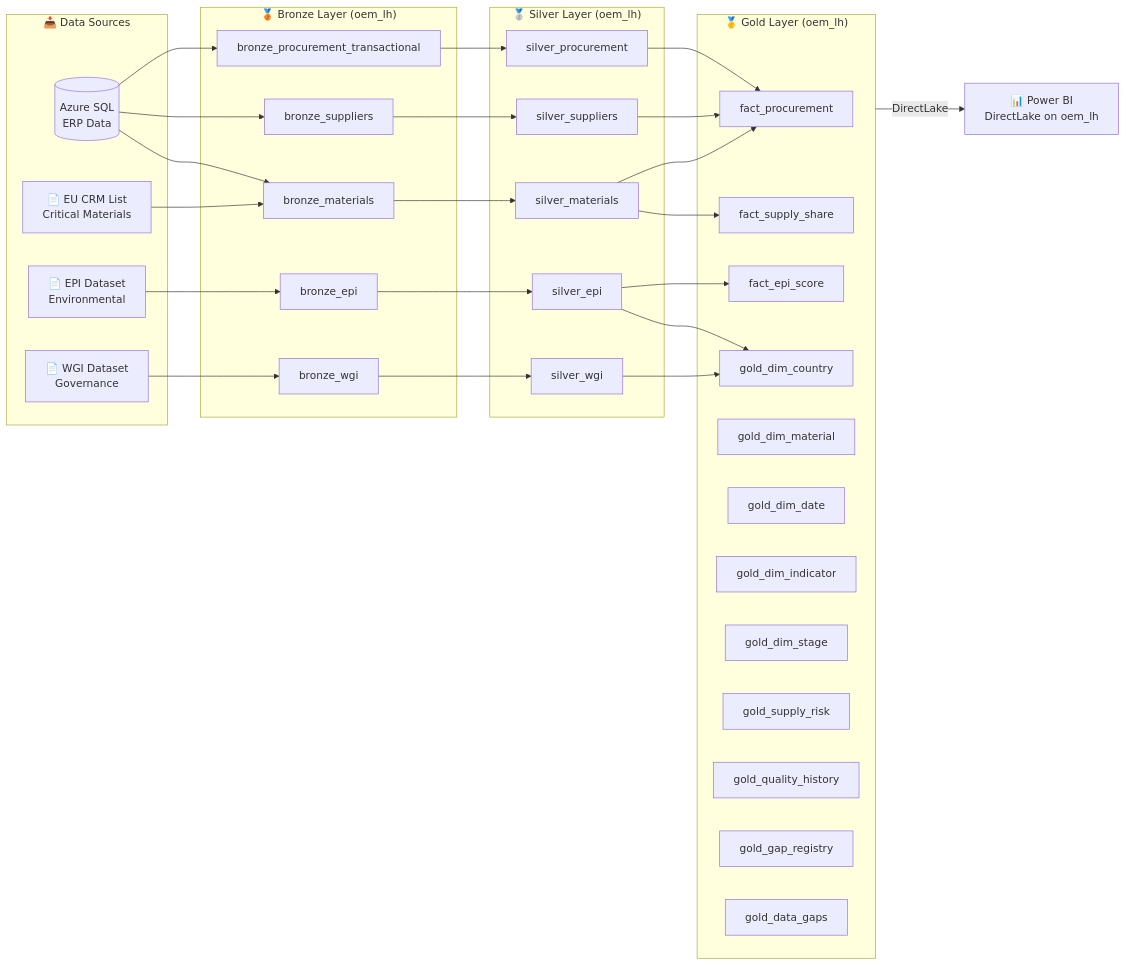
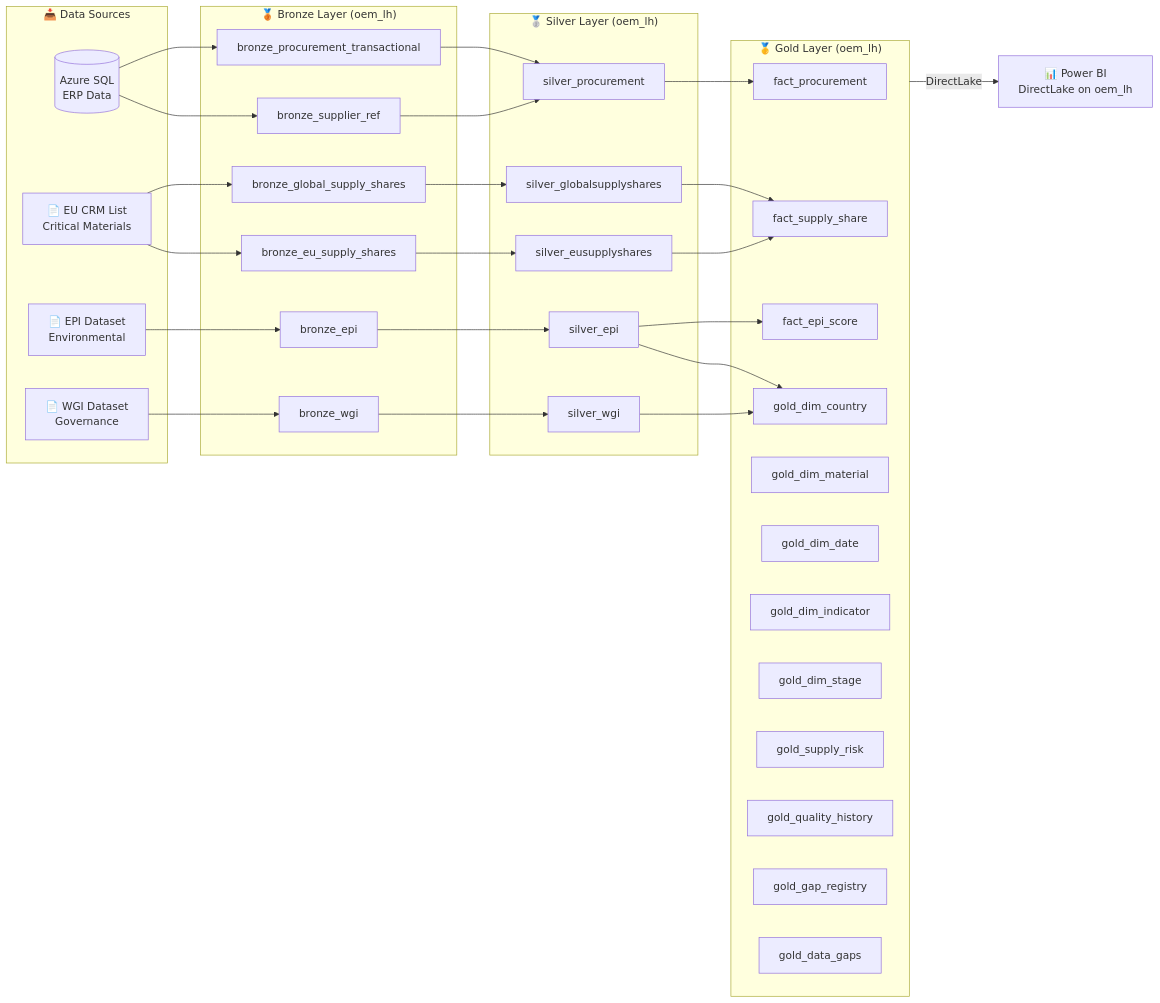
Before and after one commit to erikemilsson/OEMMatInsightBI: the diagram in README.md, drawn with Mermaid. The commit also changed other lines of this file and 6 other files, not shown here.

````diff
--- a/README.md
+++ b/README.md
@@ -71,58 +71,59 @@
 ```mermaid
 flowchart LR
     subgraph Sources["📥 Data Sources"]
         AZ[(Azure SQL<br/>ERP Data)]
         EPI[📄 EPI Dataset<br/>Environmental]
         WGI[📄 WGI Dataset<br/>Governance]
         CRM[📄 EU CRM List<br/>Critical Materials]
     end
 
     subgraph Bronze["🥉 Bronze Layer (oem_lh)"]
         B1[bronze_procurement_transactional]
-        B2[bronze_suppliers]
-        B3[bronze_materials]
+        B2[bronze_supplier_ref]
+        B3[bronze_global_supply_shares]
+        B6[bronze_eu_supply_shares]
         B4[bronze_epi]
         B5[bronze_wgi]
     end
 
     subgraph Silver["🥈 Silver Layer (oem_lh)"]
         S1[silver_procurement]
-        S2[silver_suppliers]
-        S3[silver_materials]
+        S2[silver_globalsupplyshares]
+        S3[silver_eusupplyshares]
         S4[silver_epi]
         S5[silver_wgi]
     end
 
     subgraph Gold["🥇 Gold Layer (oem_lh)"]
         F1[fact_procurement]
         F2[fact_supply_share]
         F3[fact_epi_score]
         D1[gold_dim_country]
         D2[gold_dim_material]
         D3[gold_dim_date]
         D4[gold_dim_indicator]
         D5[gold_dim_stage]
         SR[gold_supply_risk]
         QH[gold_quality_history]
         GR[gold_gap_registry]
         DG[gold_data_gaps]
     end
 
-    AZ --> B1 & B2 & B3
+    AZ --> B1 & B2
     EPI --> B4
     WGI --> B5
-    CRM --> B3
+    CRM --> B3 & B6
 
-    B1 --> S1
-    B2 --> S2
-    B3 --> S3
+    B1 & B2 --> S1
+    B3 --> S2
+    B6 --> S3
     B4 --> S4
     B5 --> S5
 
-    S1 & S2 & S3 --> F1
-    S3 --> F2
+    S1 --> F1
+    S2 & S3 --> F2
     S4 & S5 --> D1
     S4 --> F3
 
     Gold -->|DirectLake| PBI[📊 Power BI<br/>DirectLake on oem_lh]
 ```
````
